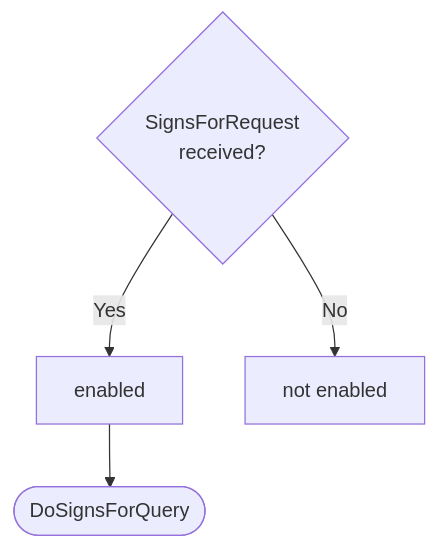
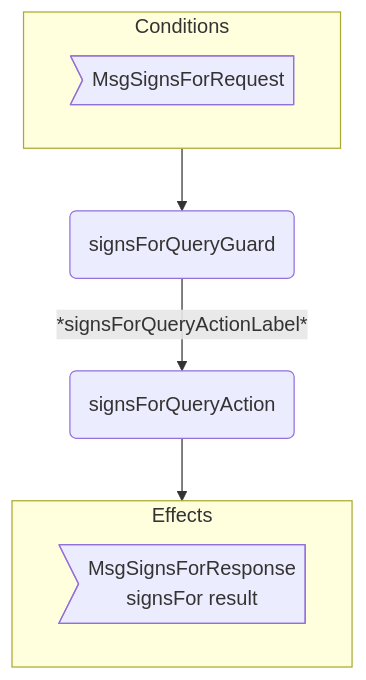
Before and after one commit to anoma/nspec: the first of 3 diagrams in docs/arch/node/engines/signs_for_behaviour.juvix.md, drawn with Mermaid. The commit also changed other lines of this file and 12 other files, not shown here.

````diff
--- a/docs/arch/node/engines/signs_for_behaviour.juvix.md
+++ b/docs/arch/node/engines/signs_for_behaviour.juvix.md
@@ -176,7 +529,15 @@
 ```mermaid
 flowchart TD
-    C{SignsForRequest<br>received?}
-    C -->|Yes| D[enabled]
-    C -->|No| E[not enabled]
-    D --> F([DoSignsForQuery])
+  subgraph C[Conditions]
+    CMsg>MsgSignsForRequest]
+  end
+
+  G(signsForQueryGuard)
+  A(signsForQueryAction)
+
+  C --> G -- *signsForQueryActionLabel* --> A --> E
+
+  subgraph E[Effects]
+    EMsg>MsgSignsForResponse<br/>signsFor result]
+  end
 ```
````
